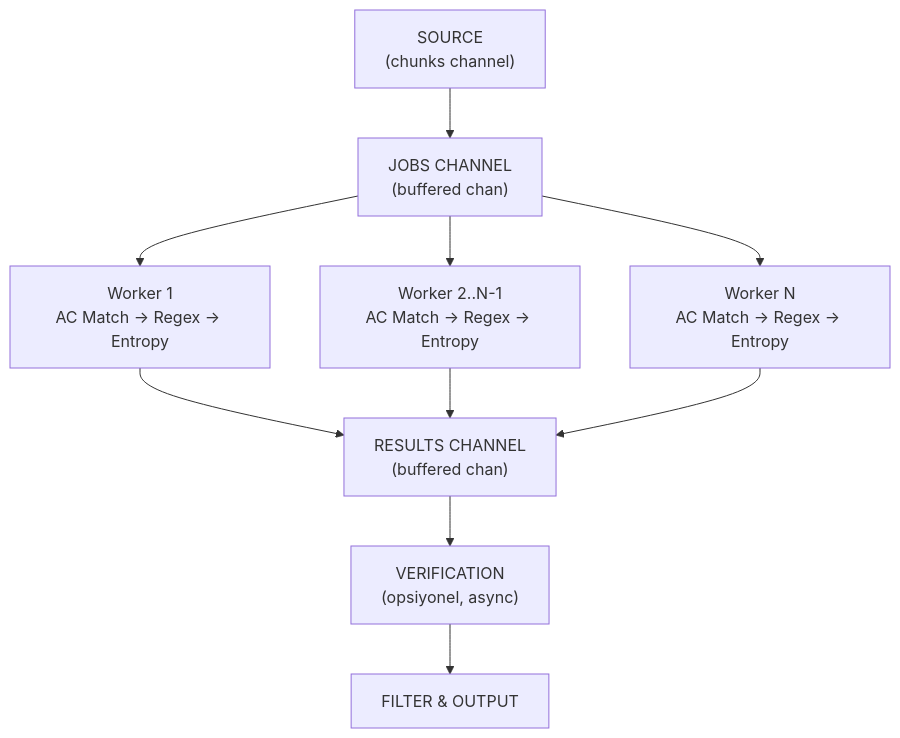
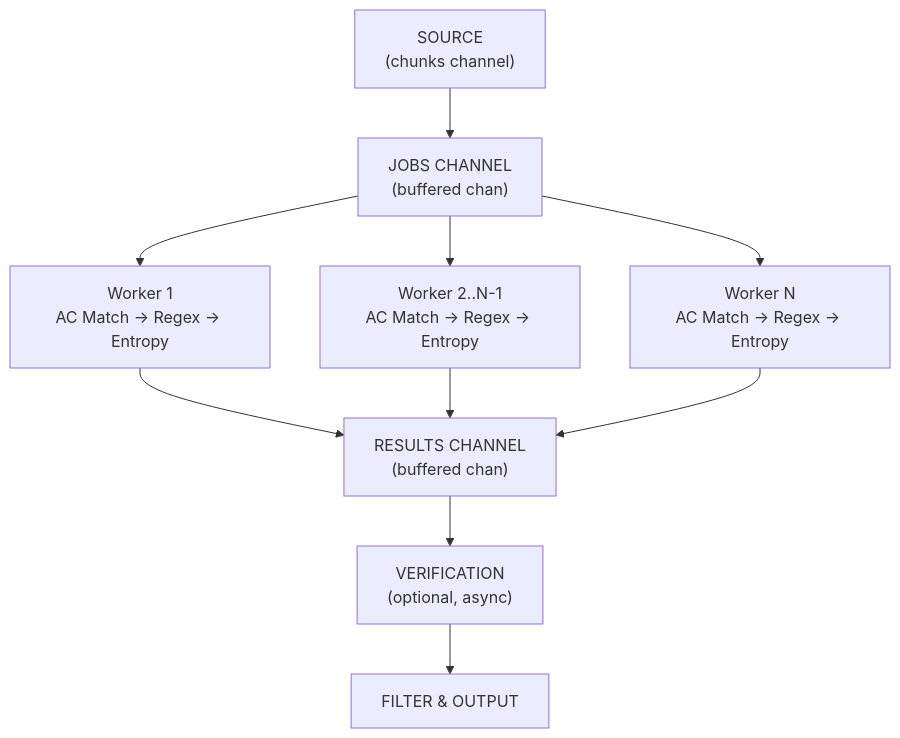
Before and after one commit to actions-marketplace-validations/HodeTech_Leakwatch: the fourth of 8 diagrams in docs/architecture/03-ARCHITECTURE.md, drawn with Mermaid. The commit also changed other lines of this file and 44 other files, not shown here.

````diff
--- a/docs/architecture/03-ARCHITECTURE.md
+++ b/docs/architecture/03-ARCHITECTURE.md
@@ -340,12 +340,12 @@
 ```mermaid
 flowchart TD
     Source["SOURCE\n(chunks channel)"] --> Jobs["JOBS CHANNEL\n(buffered chan)"]
     Jobs --> W1["Worker 1\nAC Match → Regex → Entropy"]
     Jobs --> W2["Worker 2..N-1\nAC Match → Regex → Entropy"]
     Jobs --> WN["Worker N\nAC Match → Regex → Entropy"]
     W1 --> Results["RESULTS CHANNEL\n(buffered chan)"]
     W2 --> Results
     WN --> Results
-    Results --> Verify["VERIFICATION\n(opsiyonel, async)"]
+    Results --> Verify["VERIFICATION\n(optional, async)"]
     Verify --> Output["FILTER & OUTPUT"]
 ```
````
